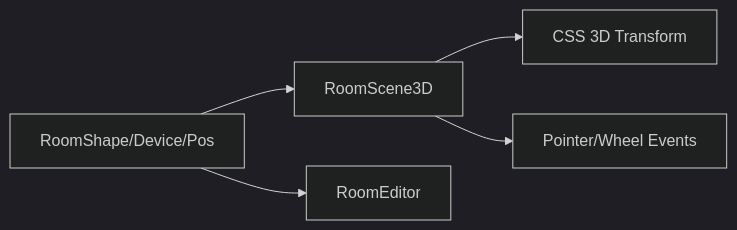
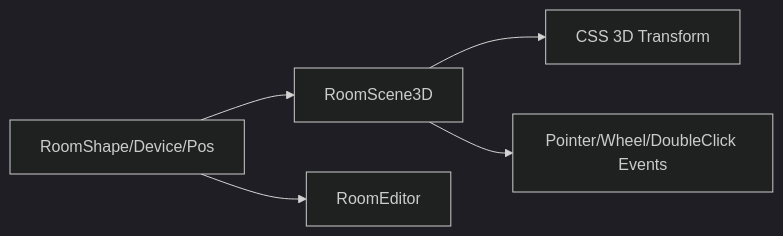
Before and after one commit to zh79325/opple-cloud-adapter: the ninth of 9 diagrams in .qoder/repowiki/zh/content/Web控制台/3D空间建模.md, drawn with Mermaid (dark theme). The commit also changed other lines of this file and 28 other files, not shown here.

````diff
--- a/.qoder/repowiki/zh/content/Web控制台/3D空间建模.md
+++ b/.qoder/repowiki/zh/content/Web控制台/3D空间建模.md
@@ -286,7 +312,7 @@
 ```mermaid
 graph LR
 Data["RoomShape/Device/Pos"] --> Render["RoomScene3D"]
 Data --> Edit["RoomEditor"]
 Render --> CSS["CSS 3D Transform"]
-Render --> Events["Pointer/Wheel Events"]
+Render --> Events["Pointer/Wheel/DoubleClick Events"]
 ```
````
